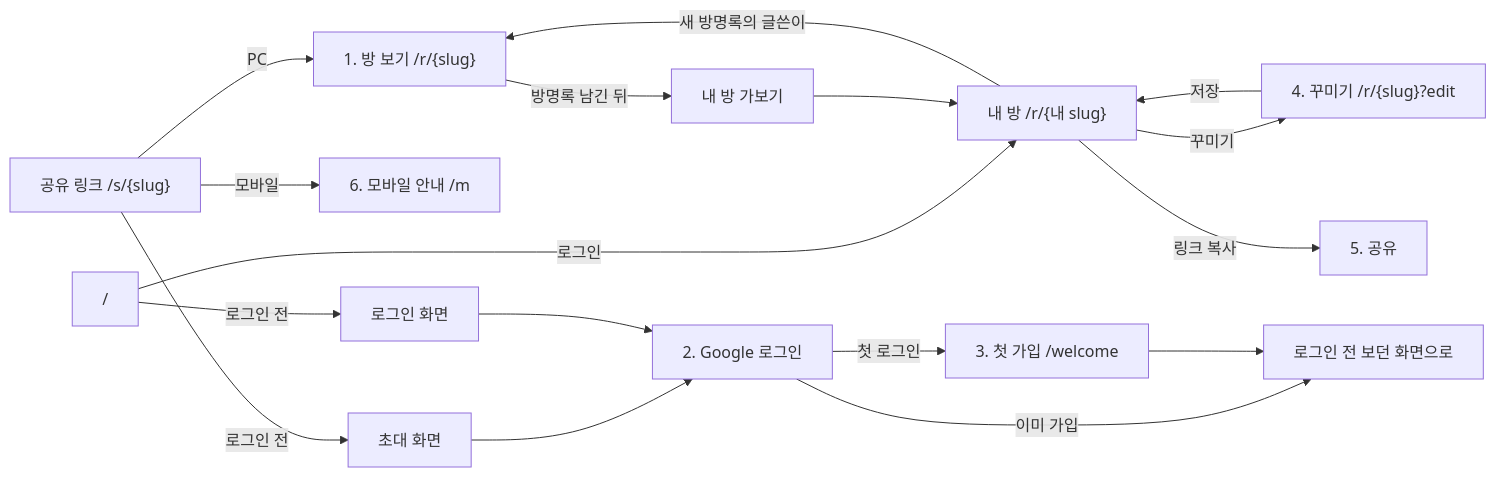
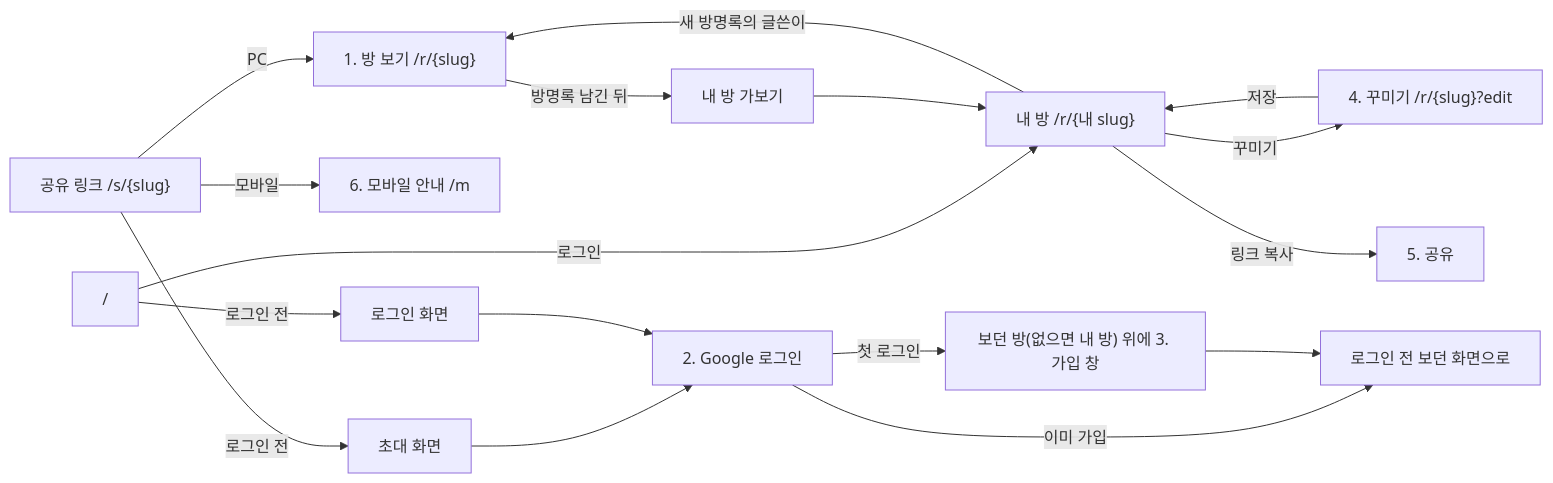
The diagram in docs/screens.md (MyeongHyeonCheol/miniroom), drawn with Mermaid before and after one commit. The commit also changed other lines of this file and 29 other files, not shown here.

````diff
--- a/docs/screens.md
+++ b/docs/screens.md
@@ -26,17 +25,17 @@
 ```mermaid
 flowchart LR
   share["공유 링크 /s/{slug}"] -->|PC| view["1. 방 보기 /r/{slug}"]
   share -->|모바일| mobile["6. 모바일 안내 /m"]
   home["/"] -->|로그인 전| intro["로그인 화면"]
   home -->|로그인| myroom["내 방 /r/{내 slug}"]
   share -->|로그인 전| invite["초대 화면"] --> login["2. Google 로그인"]
   intro --> login
-  login -->|첫 로그인| welcome["3. 첫 가입 /welcome"]
+  login -->|첫 로그인| welcome["보던 방(없으면 내 방) 위에 3. 가입 창"]
   login -->|이미 가입| back["로그인 전 보던 화면으로"]
   welcome --> back
   myroom -->|꾸미기| edit["4. 꾸미기 /r/{slug}?edit"]
   edit -->|저장| myroom
   myroom -->|링크 복사| copy["5. 공유"]
   view -->|방명록 남긴 뒤| goMine["내 방 가보기"] --> myroom
   myroom -->|새 방명록의 글쓴이| view
 ```
````
